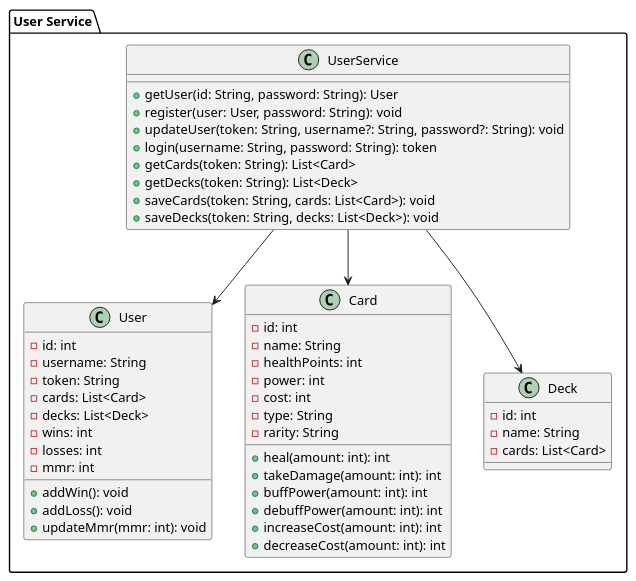
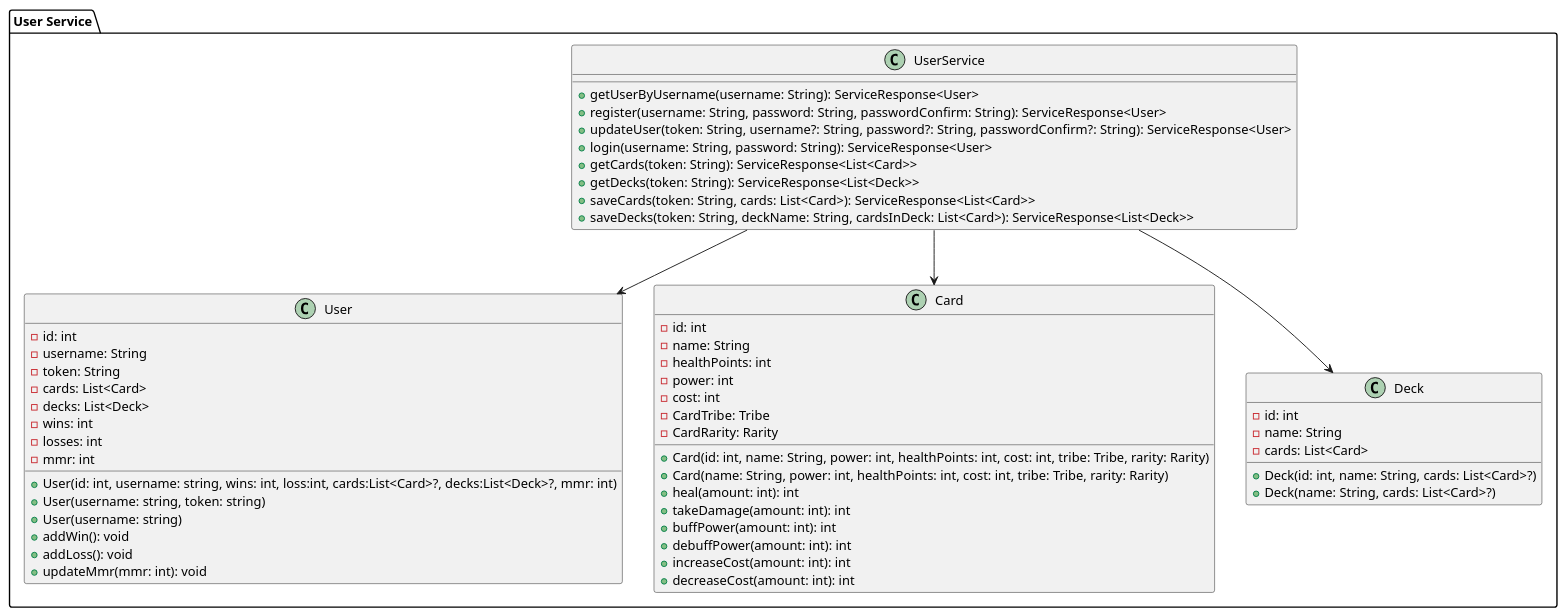
One commit to RobKokx/diagrammen-SAD-Pinc changed the diagram in implementation view/userService.puml. Above: the diagram before and after it, drawn with PlantUML.

```diff
--- a/implementation view/userService.puml
+++ b/implementation view/userService.puml
@@ -1,56 +1,63 @@
 @startuml UserService
 
 package "User Service" {
     class UserService {
-        +getUser(id: String, password: String): User
-        +register(user: User, password: String): void
-        +updateUser(token: String, username?: String, password?: String): void
-        +login(username: String, password: String): token
-        +getCards(token: String): List<Card>
-        +getDecks(token: String): List<Deck>
-        +saveCards(token: String, cards: List<Card>): void
-        +saveDecks(token: String, decks: List<Deck>): void
+        +getUserByUsername(username: String): ServiceResponse<User>
+        +register(username: String, password: String, passwordConfirm: String): ServiceResponse<User>
+        +updateUser(token: String, username?: String, password?: String, passwordConfirm?: String): ServiceResponse<User>
+        +login(username: String, password: String): ServiceResponse<User>
+        +getCards(token: String): ServiceResponse<List<Card>>
+        +getDecks(token: String): ServiceResponse<List<Deck>>
+        +saveCards(token: String, cards: List<Card>): ServiceResponse<List<Card>>
+        +saveDecks(token: String, deckName: String, cardsInDeck: List<Card>): ServiceResponse<List<Deck>>
     }
 
     class User {
         -id: int
         -username: String
         -token: String
         -cards: List<Card>
         -decks: List<Deck>
         -wins: int
         -losses: int
         -mmr: int
+        +User(id: int, username: string, wins: int, loss:int, cards:List<Card>?, decks:List<Deck>?, mmr: int)
+        +User(username: string, token: string)
+        +User(username: string)
         +addWin(): void
         +addLoss(): void
         +updateMmr(mmr: int): void
     }
 
     class Card {
         -id: int
         -name: String
         -healthPoints: int
         -power: int
         -cost: int
-        -type: String
-        -rarity: String
+        -CardTribe: Tribe
+        -CardRarity: Rarity
+        +Card(id: int, name: String, power: int, healthPoints: int, cost: int, tribe: Tribe, rarity: Rarity)
+        +Card(name: String, power: int, healthPoints: int, cost: int, tribe: Tribe, rarity: Rarity)
         +heal(amount: int): int
         +takeDamage(amount: int): int
         +buffPower(amount: int): int
         +debuffPower(amount: int): int
         +increaseCost(amount: int): int
         +decreaseCost(amount: int): int
     }
 
     class Deck {
         -id: int
         -name: String
         -cards: List<Card>
+        +Deck(id: int, name: String, cards: List<Card>?)
+        +Deck(name: String, cards: List<Card>?)
     }
 
     UserService --> Card
     UserService --> User
     UserService --> Deck
 }
 
 @enduml
```
